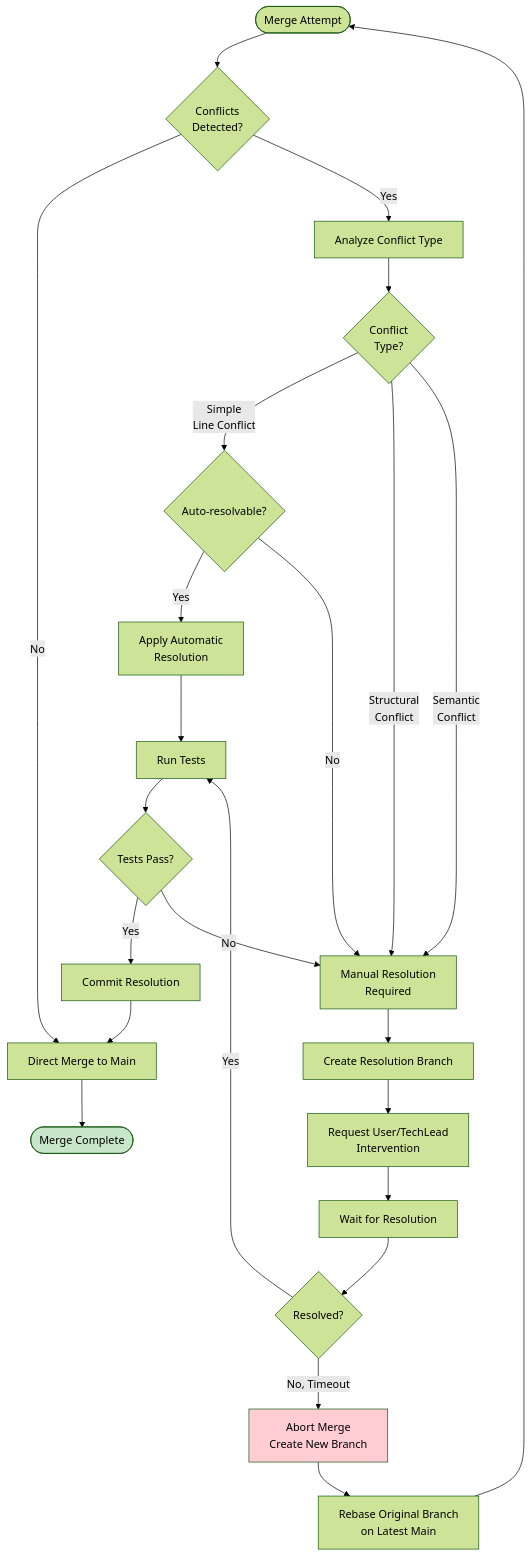
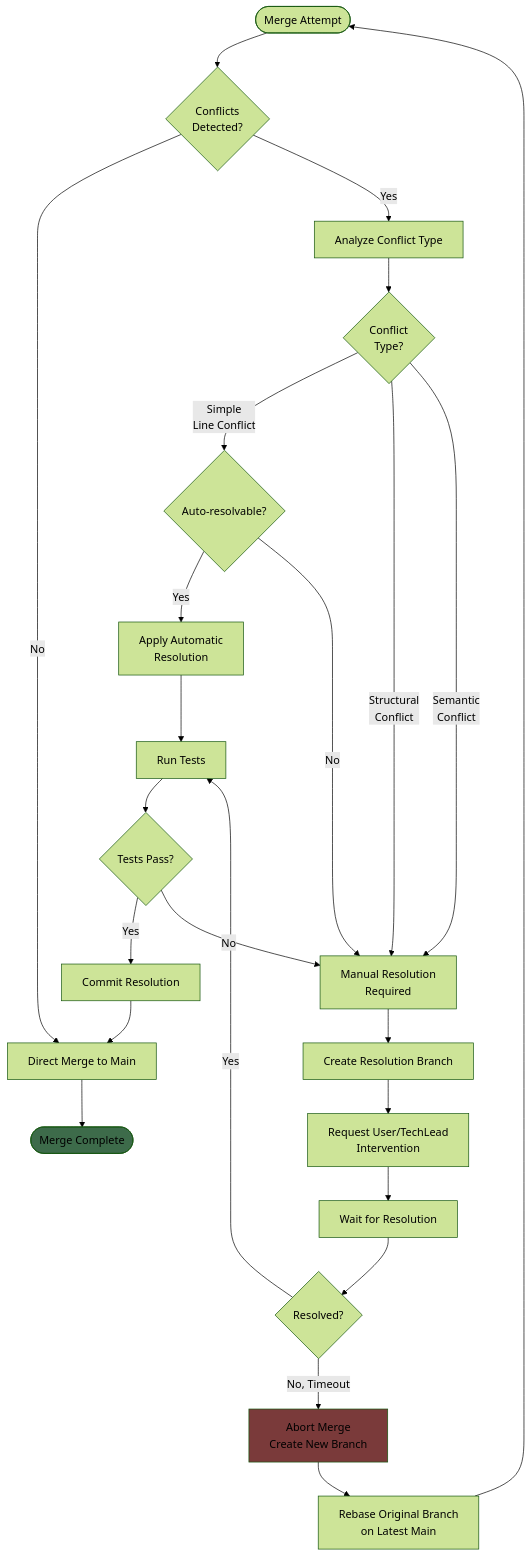
Before and after one commit to thamam/moderator: the fourth of 4 diagrams in docs/diagrams/git-workflow.md, drawn with Mermaid (forest theme). The commit also changed other lines of this file and 11 other files, not shown here.

Commit message:
chagned diagrams colors

````diff
--- a/docs/diagrams/git-workflow.md
+++ b/docs/diagrams/git-workflow.md
@@ -166,47 +166,47 @@
 ```mermaid
 flowchart TD
     Start([Merge Attempt]) --> CheckConflict{Conflicts<br/>Detected?}
 
     CheckConflict -->|No| DirectMerge[Direct Merge to Main]
     DirectMerge --> Success([Merge Complete])
 
     CheckConflict -->|Yes| AnalyzeConflict[Analyze Conflict Type]
 
     AnalyzeConflict --> ConflictType{Conflict<br/>Type?}
 
     ConflictType -->|Simple<br/>Line Conflict| AutoResolve{Auto-resolvable?}
 
     AutoResolve -->|Yes| ApplyAutoFix[Apply Automatic<br/>Resolution]
     ApplyAutoFix --> TestResolution[Run Tests]
 
     AutoResolve -->|No| ManualPath[Manual Resolution<br/>Required]
 
     ConflictType -->|Structural<br/>Conflict| ManualPath
 
     ConflictType -->|Semantic<br/>Conflict| ManualPath
 
     TestResolution --> TestPass{Tests Pass?}
 
     TestPass -->|Yes| CommitResolution[Commit Resolution]
     TestPass -->|No| ManualPath
 
     CommitResolution --> DirectMerge
 
     ManualPath --> CreateConflictBranch[Create Resolution Branch]
 
     CreateConflictBranch --> RequestIntervention[Request User/TechLead<br/>Intervention]
 
     RequestIntervention --> WaitResolution[Wait for Resolution]
 
     WaitResolution --> ResolutionDone{Resolved?}
 
     ResolutionDone -->|Yes| TestResolution
     ResolutionDone -->|No, Timeout| Abort[Abort Merge<br/>Create New Branch]
 
     Abort --> RebaseOriginal[Rebase Original Branch<br/>on Latest Main]
 
     RebaseOriginal --> Start
 
-    style Success fill:#c8e6c9
-    style Abort fill:#ffcdd2
+    style Success fill:#3d6b4a
+    style Abort fill:#7a3a3a
 ```
````
